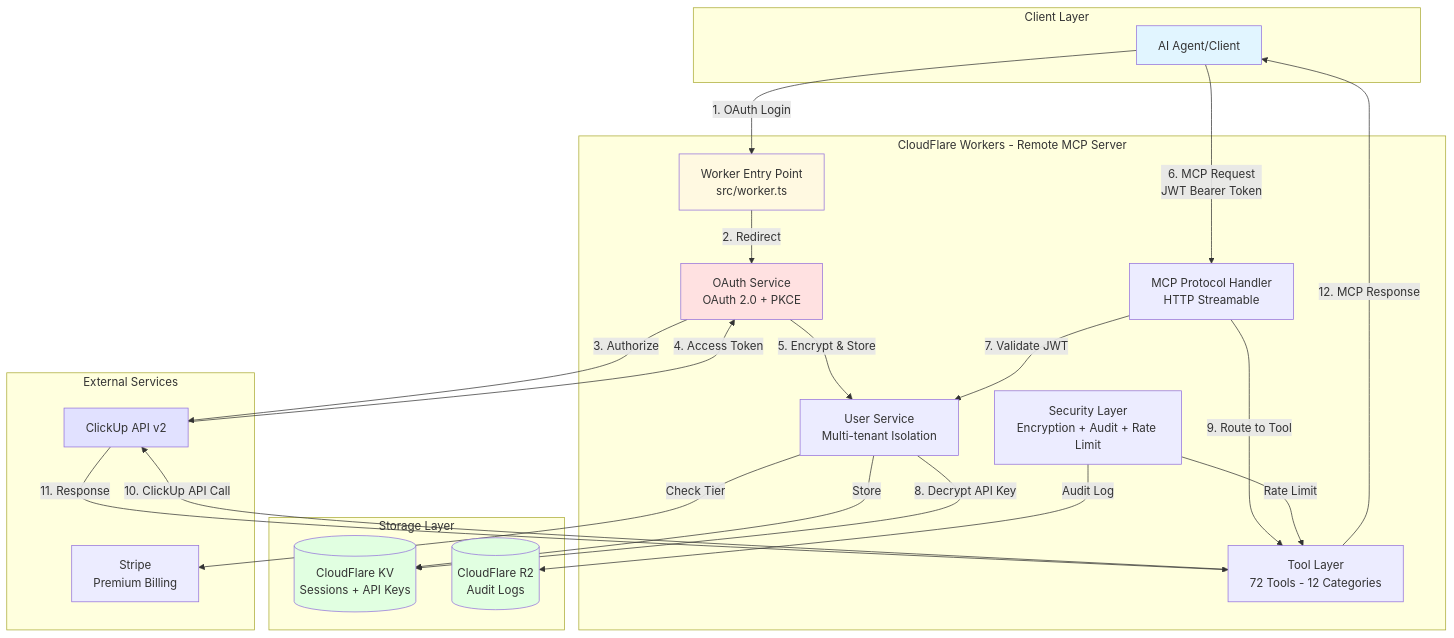
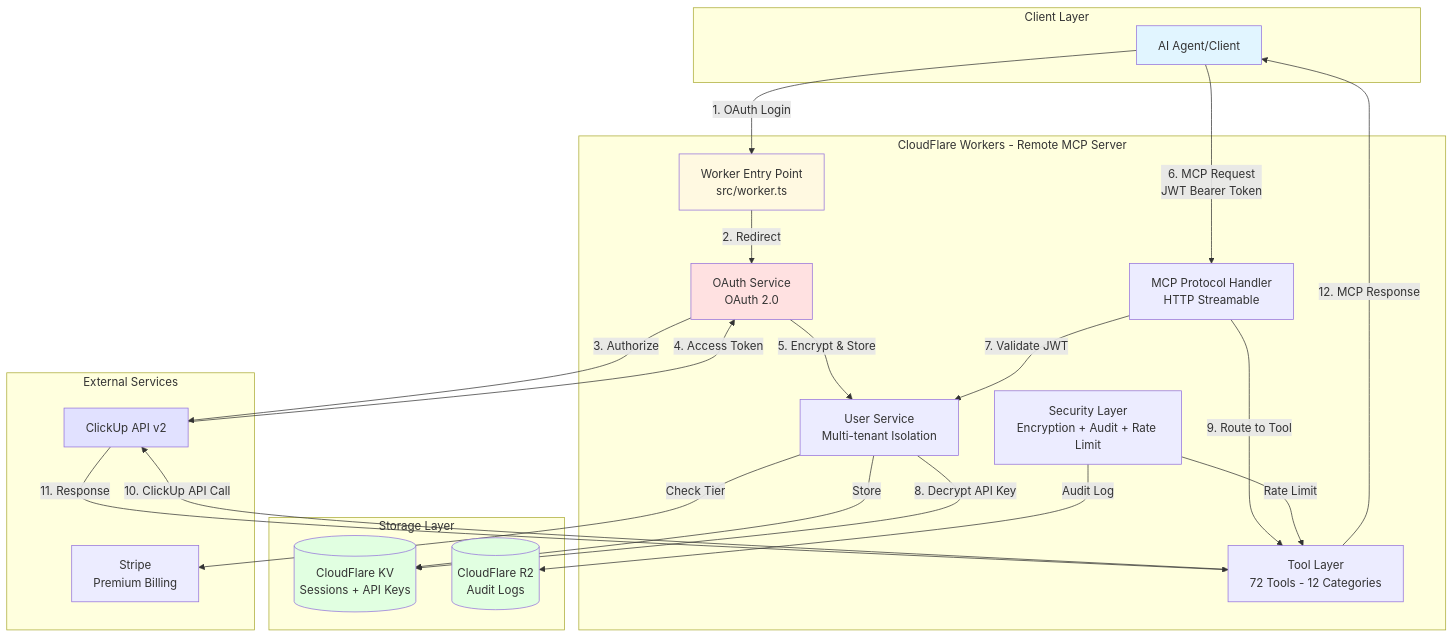
One commit to gofullthrottle/mcp-server-clickup changed the diagram in CLAUDE.md. Above: the diagram before and after it, drawn with Mermaid. The commit also changed other lines of this file and 1 other file, not shown here.

First line of the commit message:
fix: remove incorrect PKCE claims from documentation

````diff
--- a/CLAUDE.md
+++ b/CLAUDE.md
@@ -54,51 +54,51 @@
 ```mermaid
 graph TB
     subgraph "Client Layer"
         User[AI Agent/Client]
     end
 
     subgraph "CloudFlare Workers - Remote MCP Server"
         Worker[Worker Entry Point<br/>src/worker.ts]
-        OAuth[OAuth Service<br/>OAuth 2.0 + PKCE]
+        OAuth[OAuth Service<br/>OAuth 2.0]
         UserMgmt[User Service<br/>Multi-tenant Isolation]
         MCPServer[MCP Protocol Handler<br/>HTTP Streamable]
         Tools[Tool Layer<br/>72 Tools - 12 Categories]
         Security[Security Layer<br/>Encryption + Audit + Rate Limit]
     end
 
     subgraph "Storage Layer"
         KV[(CloudFlare KV<br/>Sessions + API Keys)]
         R2[(CloudFlare R2<br/>Audit Logs)]
     end
 
     subgraph "External Services"
         ClickUp[ClickUp API v2]
         Stripe[Stripe<br/>Premium Billing]
     end
 
     User -->|1. OAuth Login| Worker
     Worker -->|2. Redirect| OAuth
     OAuth -->|3. Authorize| ClickUp
     ClickUp -->|4. Access Token| OAuth
     OAuth -->|5. Encrypt & Store| UserMgmt
     UserMgmt -->|Store| KV
 
     User -->|6. MCP Request<br/>JWT Bearer Token| MCPServer
     MCPServer -->|7. Validate JWT| UserMgmt
     UserMgmt -->|8. Decrypt API Key| KV
     MCPServer -->|9. Route to Tool| Tools
     Tools -->|10. ClickUp API Call| ClickUp
     ClickUp -->|11. Response| Tools
     Tools -->|12. MCP Response| User
 
     Security -->|Rate Limit| Tools
     Security -->|Audit Log| R2
     UserMgmt -->|Check Tier| Stripe
 
     style User fill:#e1f5ff
     style Worker fill:#fff9e1
     style OAuth fill:#ffe1e1
     style KV fill:#e1ffe1
     style R2 fill:#e1ffe1
     style ClickUp fill:#e1e1ff
 ```
````
